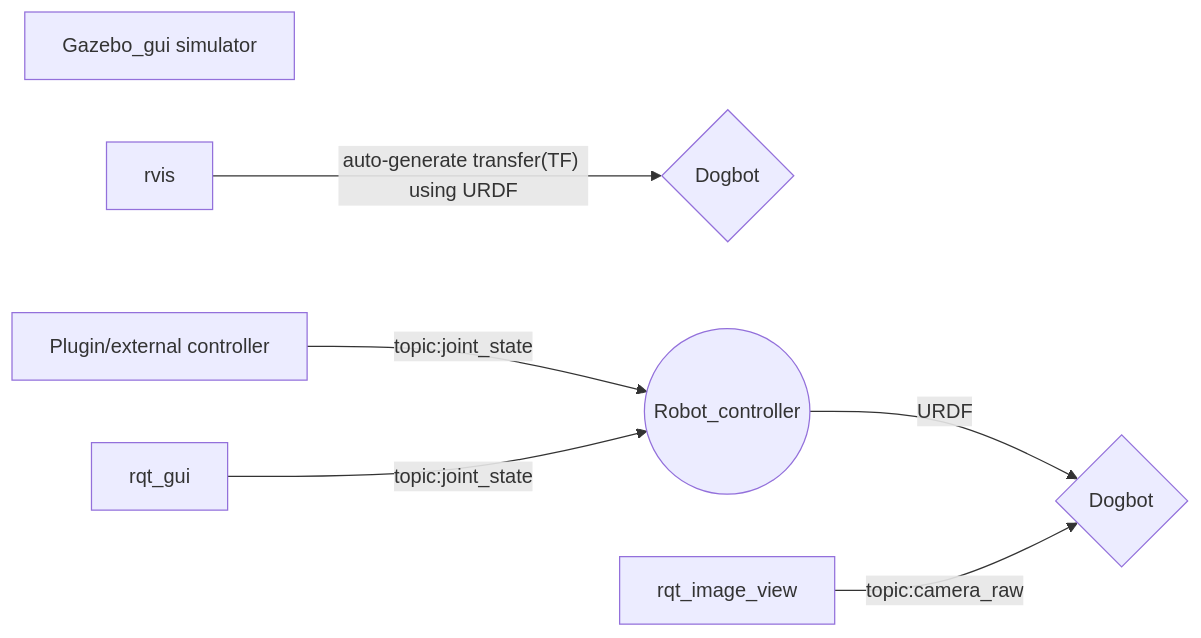
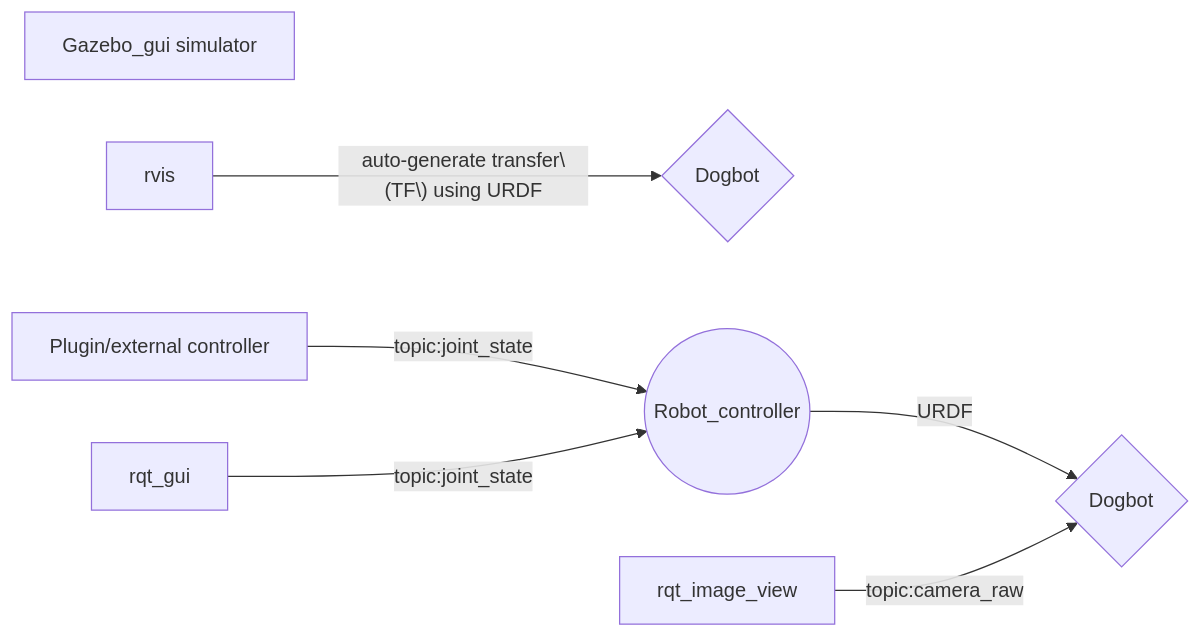
One commit to bsyh/dogbot_ros changed the diagram in README.md. Above: the diagram before and after it, drawn with Mermaid.

````diff
--- a/README.md
+++ b/README.md
@@ -46,10 +46,10 @@
 ```mermaid
 graph LR
 Z[Gazebo_gui simulator]
 
-R[rvis] --auto-generate transfer(TF) using URDF--> V{Dogbot}
+R[rvis] --auto-generate transfer\(TF\) using URDF--> V{Dogbot}
 
 X[Plugin/external controller] --  topic:joint_state --> B
 H[rqt_gui] -- topic:joint_state -->B((Robot_controller)) --URDF-->F{Dogbot}
 A[rqt_image_view] -- topic:camera_raw --> F
 ```
````
